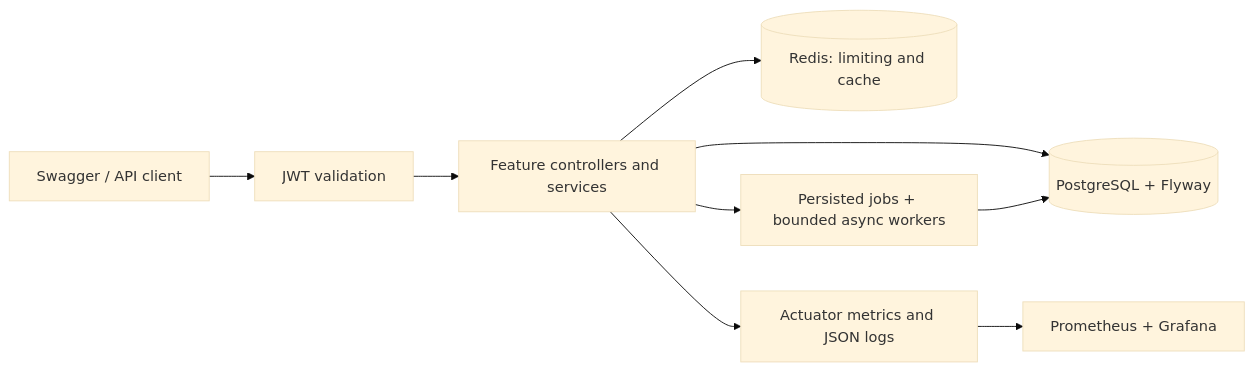
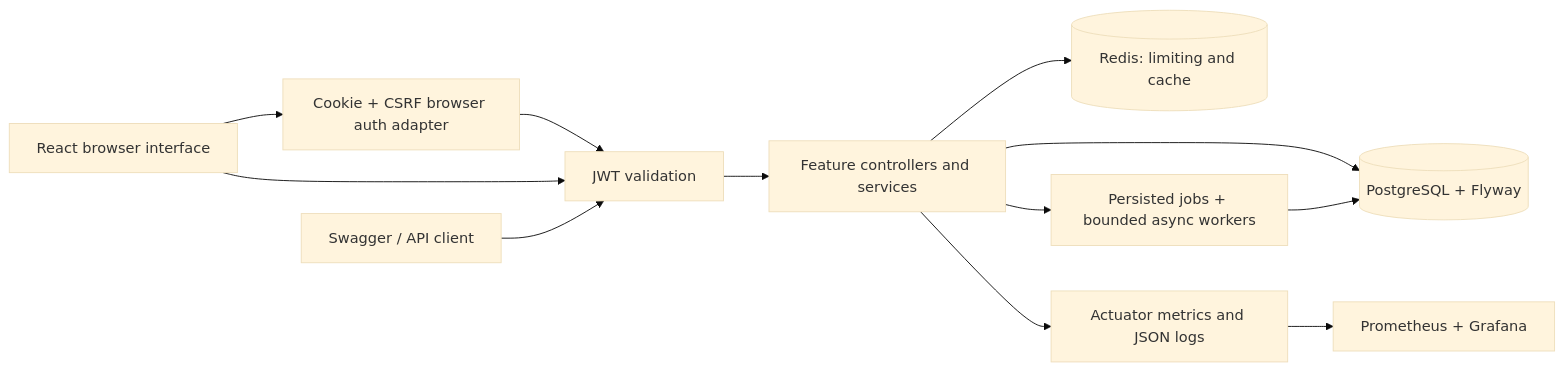
The diagram in README.md (Aadyant-7/splitnest), drawn with Mermaid (base theme) before and after one commit. The commit also changed other lines of this file and 88 other files, not shown here.

````diff
--- a/README.md
+++ b/README.md
@@ -41,11 +47,14 @@
 ```mermaid
 flowchart LR
-    Client[Swagger / API client] --> Security[JWT validation]
+    Browser[React browser interface] --> Session[Cookie + CSRF browser auth adapter]
+    Session --> Security[JWT validation]
+    Browser --> Security
+    Client[Swagger / API client] --> Security
     Security --> API[Feature controllers and services]
     API --> DB[(PostgreSQL + Flyway)]
     API --> Redis[(Redis: limiting and cache)]
     API --> Jobs[Persisted jobs + bounded async workers]
     Jobs --> DB
     API --> Metrics[Actuator metrics and JSON logs]
     Metrics --> Monitoring[Prometheus + Grafana]
 ```
````
